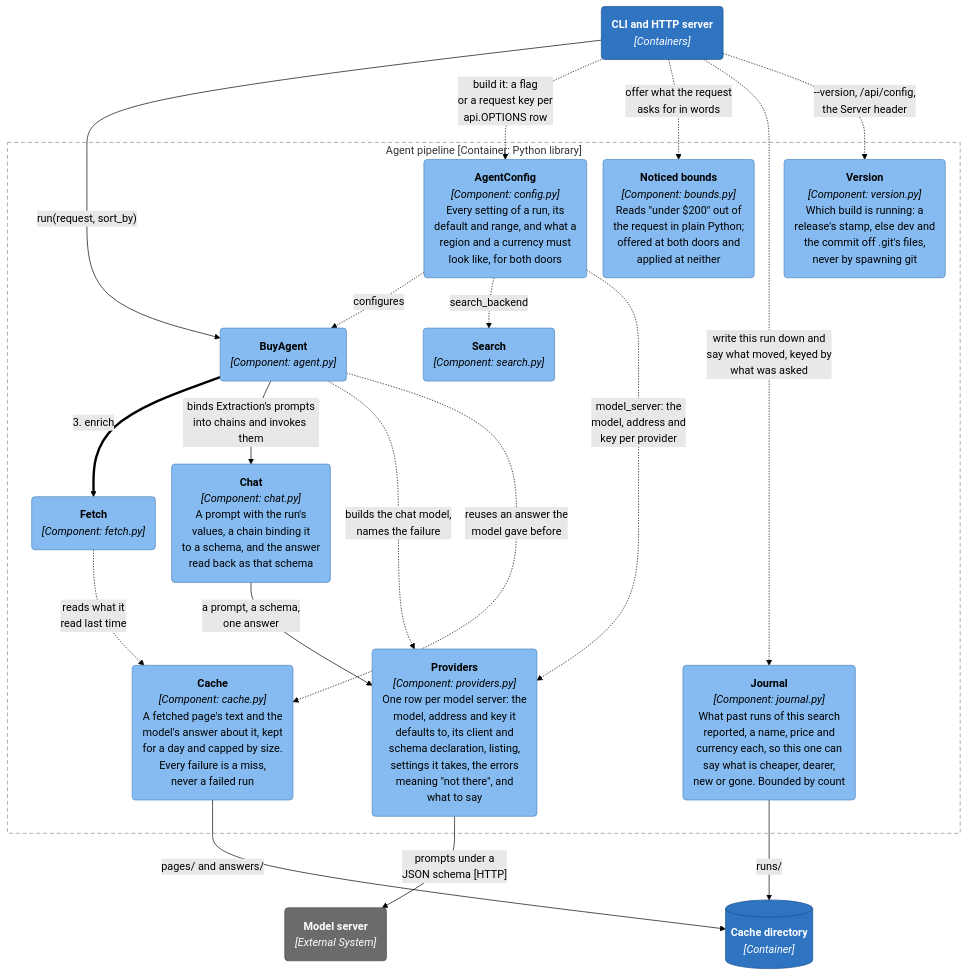
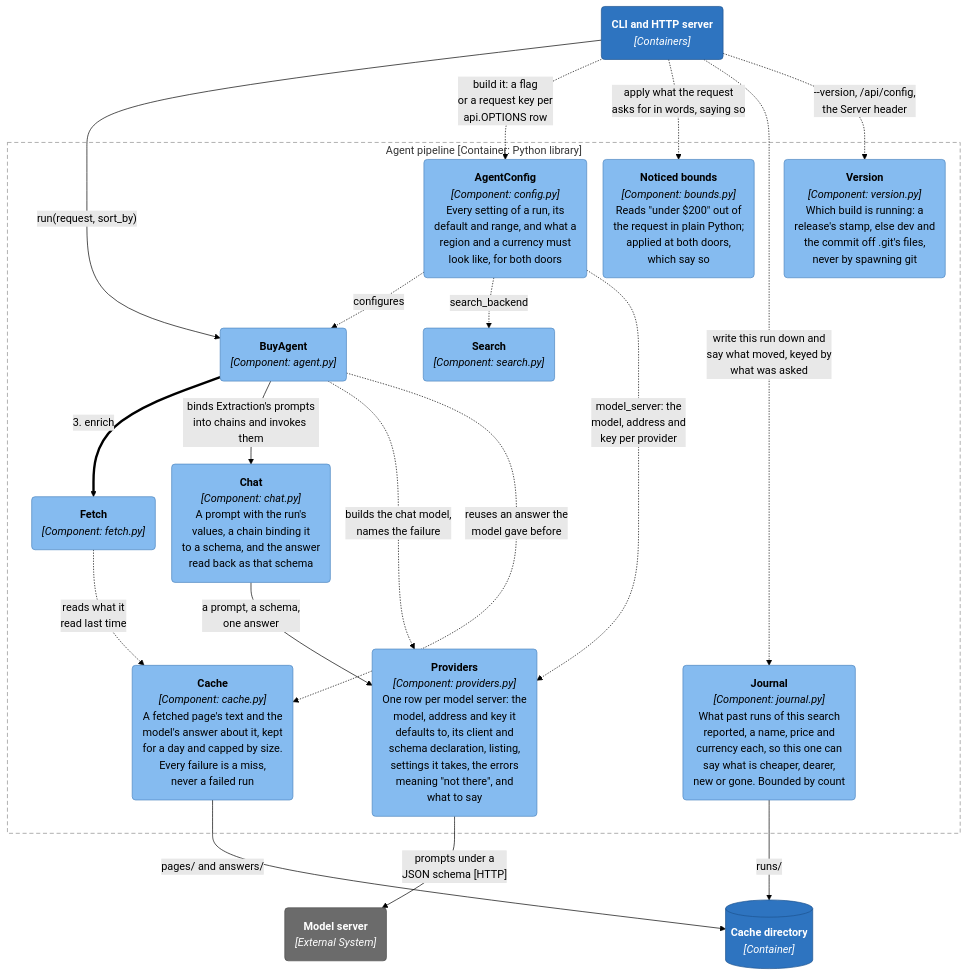
One commit to adamw7/buy_agent changed the sixth of 11 diagrams in docs/architecture.md. Above: the diagram before and after it, drawn with Mermaid (forest theme). The commit also changed other lines of this file and 50 other files, not shown here.

First line of the commit message:
Apply budgets from the request in plain sight, rank what can be bought first, and say why a run is empty (#390)

````diff
--- a/docs/architecture.md
+++ b/docs/architecture.md
@@ -308,53 +308,53 @@
 ```mermaid
 ---
 config:
   flowchart:
     wrappingWidth: 400
     nodeSpacing: 24
     rankSpacing: 50
 ---
 graph TB
     doors("<b>CLI and HTTP server</b><br/><i>[Containers]</i>")
 
     subgraph pipeline["Agent pipeline [Container: Python library]"]
         config("<b>AgentConfig</b><br/><i>[Component: config.py]</i><br/>Every setting of a run, its<br/>default and range, and what a<br/>region and a currency must<br/>look like, for both doors")
-        boundsc("<b>Noticed bounds</b><br/><i>[Component: bounds.py]</i><br/>Reads &quot;under $200&quot; out of<br/>the request in plain Python;<br/>offered at both doors and<br/>applied at neither")
+        boundsc("<b>Noticed bounds</b><br/><i>[Component: bounds.py]</i><br/>Reads &quot;under $200&quot; out of<br/>the request in plain Python;<br/>applied at both doors,<br/>which say so")
         agent("<b>BuyAgent</b><br/><i>[Component: agent.py]</i>")
         search("<b>Search</b><br/><i>[Component: search.py]</i>")
         fetch("<b>Fetch</b><br/><i>[Component: fetch.py]</i>")
         chat("<b>Chat</b><br/><i>[Component: chat.py]</i><br/>A prompt with the run's<br/>values, a chain binding it<br/>to a schema, and the answer<br/>read back as that schema")
         journal("<b>Journal</b><br/><i>[Component: journal.py]</i><br/>What past runs of this search<br/>reported, a name, price and<br/>currency each, so this one can<br/>say what is cheaper, dearer,<br/>new or gone. Bounded by count")
         providers("<b>Providers</b><br/><i>[Component: providers.py]</i><br/>One row per model server: the<br/>model, address and key it<br/>defaults to, its client and<br/>schema declaration, listing,<br/>settings it takes, the errors<br/>meaning &quot;not there&quot;, and<br/>what to say")
         version("<b>Version</b><br/><i>[Component: version.py]</i><br/>Which build is running: a<br/>release's stamp, else dev and<br/>the commit off .git's files,<br/>never by spawning git")
         cache("<b>Cache</b><br/><i>[Component: cache.py]</i><br/>A fetched page's text and the<br/>model's answer about it, kept<br/>for a day and capped by size.<br/>Every failure is a miss,<br/>never a failed run")
     end
 
     ollama("<b>Model server</b><br/><i>[External System]</i>")
     store[("<b>Cache directory</b><br/><i>[Container]</i>")]
 
     doors -->|"run(request, sort_by)"| agent
     doors -.->|"build it: a flag<br/>or a request key per<br/>api.OPTIONS row"| config
-    doors -.->|"offer what the request<br/>asks for in words"| boundsc
+    doors -.->|"apply what the request<br/>asks for in words, saying so"| boundsc
     doors -.->|"write this run down and<br/>say what moved, keyed by<br/>what was asked"| journal
     doors -.->|"--version, /api/config,<br/>the Server header"| version
     config -.->|"configures"| agent
     config -.->|"search_backend"| search
     config -.->|"model_server: the<br/>model, address and<br/>key per provider"| providers
     agent ==>|"3. enrich"| fetch
     agent -->|"binds Extraction's prompts<br/>into chains and invokes them"| chat
     agent -.->|"builds the chat model,<br/>names the failure"| providers
     agent -.->|"reuses an answer the<br/>model gave before"| cache
     chat -->|"a prompt, a schema,<br/>one answer"| providers
     fetch -.->|"reads what it<br/>read last time"| cache
     providers -->|"prompts under a<br/>JSON schema [HTTP]"| ollama
     cache -->|"pages/ and answers/"| store
     journal -->|"runs/"| store
 
     classDef container fill:#2e74c0,stroke:#1d5390,color:#fff
     classDef component fill:#85bbf0,stroke:#4f86c0,color:#000
     classDef external fill:#6b6b6b,stroke:#4d4d4d,color:#fff
     class doors,store container
     class config,boundsc,agent,search,fetch,chat,journal,providers,version,cache component
     class ollama external
     style pipeline fill:none,stroke:#8c8c8c,stroke-width:1px,stroke-dasharray:6 4
 ```
````
